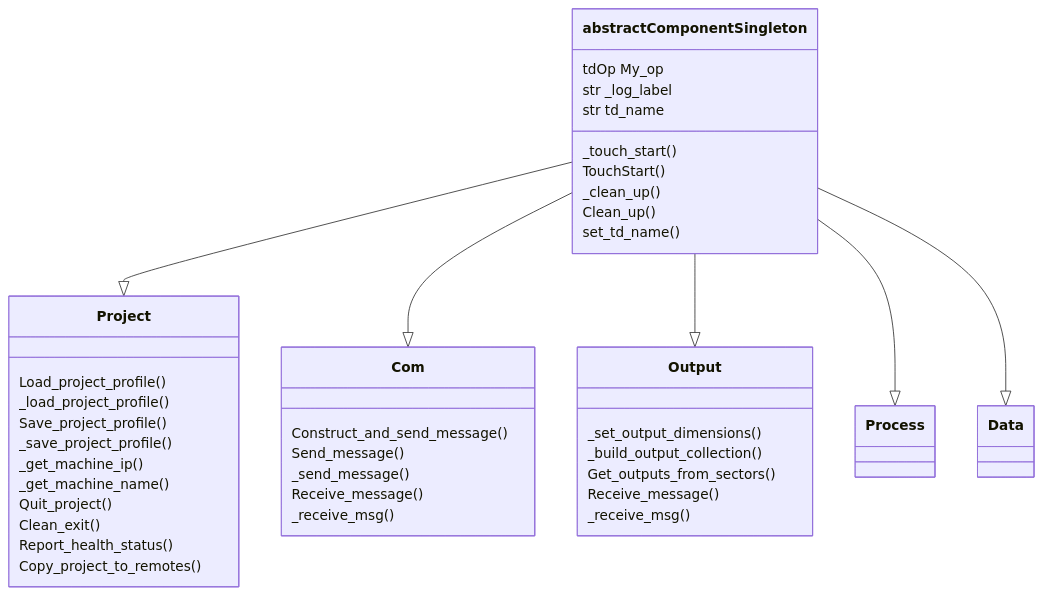
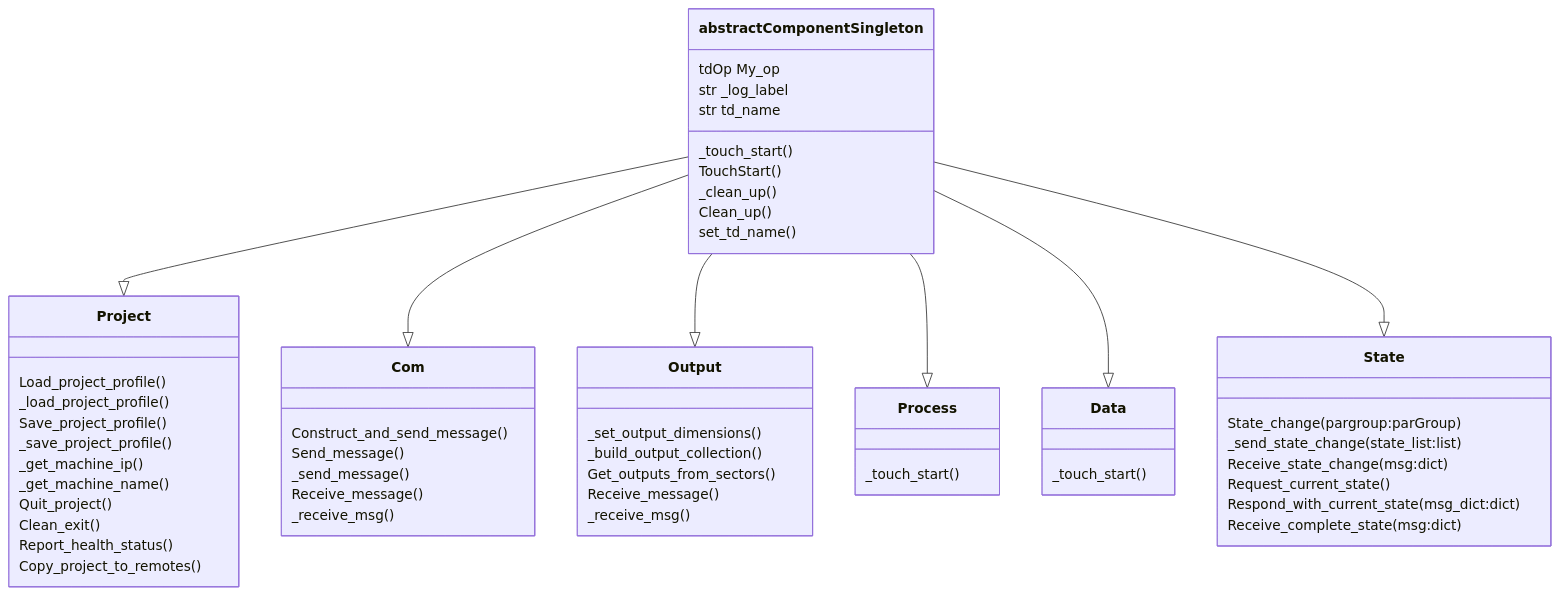
One commit to SudoMagicCode/TouchDesigner-StyleGuide changed the diagram in docs/docs/SM-guide/007-organization.md. Above: the diagram before and after it, drawn with Mermaid. The commit also changed other lines of this file and 2 other files, not shown here.

````diff
--- a/docs/docs/SM-guide/007-organization.md
+++ b/docs/docs/SM-guide/007-organization.md
@@ -31,59 +52,82 @@
 ```mermaid 
 classDiagram
 
 class abstractComponentSingleton{
     tdOp My_op
     str _log_label
     str td_name
 
     _touch_start()
     TouchStart()
 
     _clean_up()
     Clean_up()
     set_td_name()
 }
 
 class Project{
 
     Load_project_profile()
     _load_project_profile()
     Save_project_profile()
     _save_project_profile()
     _get_machine_ip()
     _get_machine_name()
     Quit_project()
     Clean_exit()
     Report_health_status()
     Copy_project_to_remotes()
 }
 
 class Com{
 
     Construct_and_send_message()
     Send_message()
     _send_message()
     Receive_message()
     _receive_msg()
 }
 
 class Output{
 
     _set_output_dimensions()
     _build_output_collection()
     Get_outputs_from_sectors()
     Receive_message()
     _receive_msg()
 }
 
+class Process{
+
+    _touch_start()
+}
+
+class Data{
+
+    _touch_start()
+}
+
+class State{
+
+    State_change(pargroup:parGroup)
+    _send_state_change(state_list:list)
+    Receive_state_change(msg:dict)
+    Request_current_state()
+    Respond_with_current_state(msg_dict:dict)
+    Receive_complete_state(msg:dict)
+
+}
+
 abstractComponentSingleton --|> Project
 
 abstractComponentSingleton --|> Com
 
 abstractComponentSingleton --|> Output
 
 abstractComponentSingleton --|> Process
 
 abstractComponentSingleton --|> Data
 
+abstractComponentSingleton --|> State
+
 ```
````
